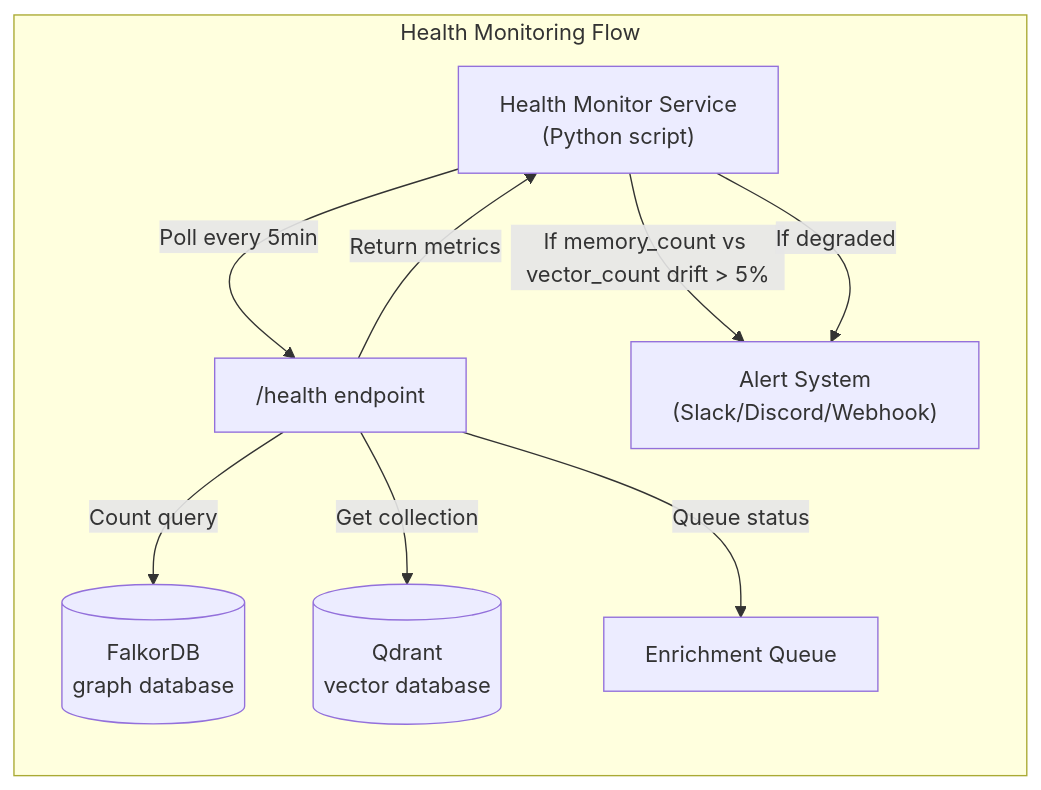
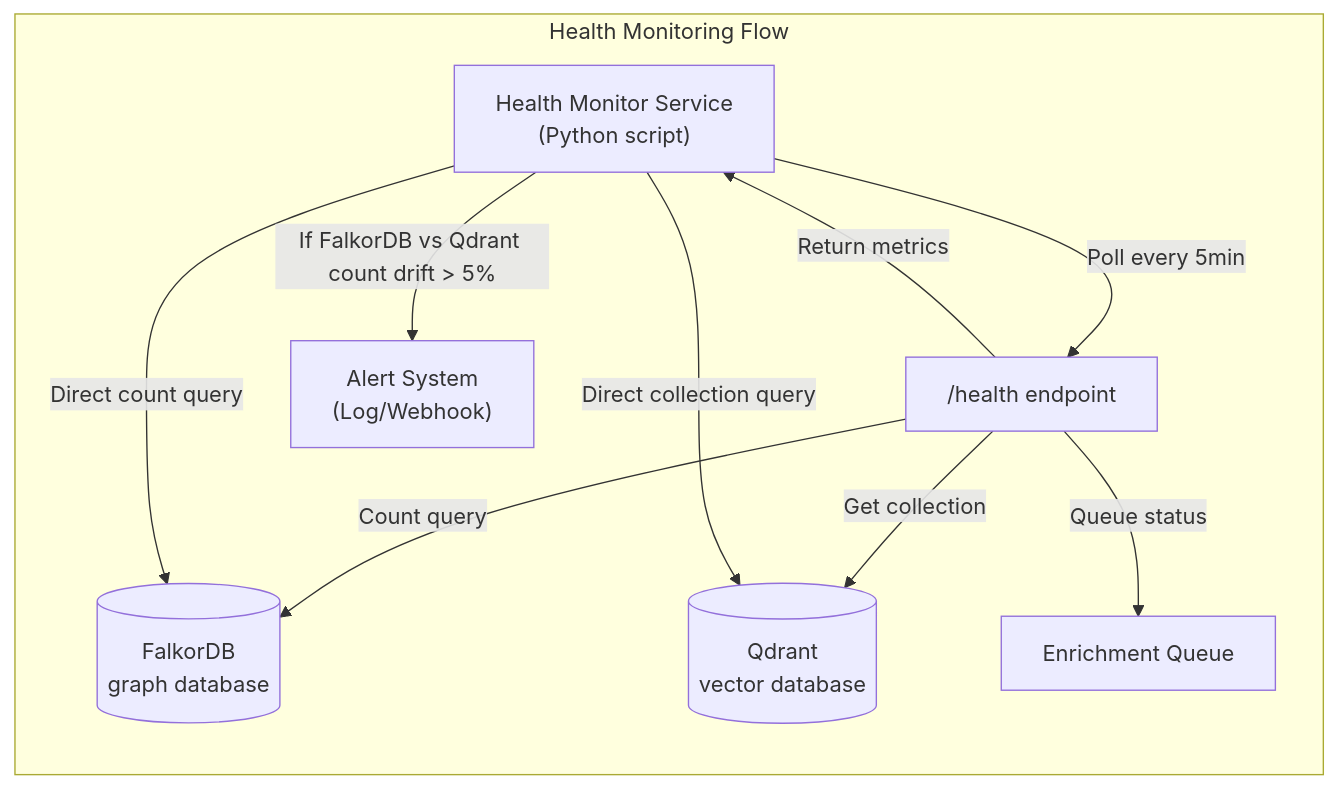
The fourth of 4 diagrams in src/content/docs/docs/reference/api/health.md (verygoodplugins/automem-website), drawn with Mermaid before and after one commit. The commit also changed other lines of this file and 2 other files, not shown here.

````diff
--- a/src/content/docs/docs/reference/api/health.md
+++ b/src/content/docs/docs/reference/api/health.md
@@ -390,19 +391,20 @@
 ```mermaid
 graph LR
     subgraph "Health Monitoring Flow"
         Monitor["Health Monitor Service<br/>(Python script)"]
         Health["/health endpoint"]
         FalkorDB[("FalkorDB<br/>graph database")]
         Qdrant[("Qdrant<br/>vector database")]
         EnrichQ["Enrichment Queue"]
-        Alert["Alert System<br/>(Slack/Discord/Webhook)"]
+        Alert["Alert System<br/>(Log/Webhook)"]
     end
 
     Monitor-->|"Poll every 5min"|Health
     Health-->|"Count query"|FalkorDB
     Health-->|"Get collection"|Qdrant
     Health-->|"Queue status"|EnrichQ
     Health-->|"Return metrics"|Monitor
-    Monitor-->|"If memory_count vs vector_count drift > 5%"|Alert
-    Monitor-->|"If degraded"|Alert
+    Monitor-->|"Direct count query"|FalkorDB
+    Monitor-->|"Direct collection query"|Qdrant
+    Monitor-->|"If FalkorDB vs Qdrant count drift > 5%"|Alert
 ```
````
